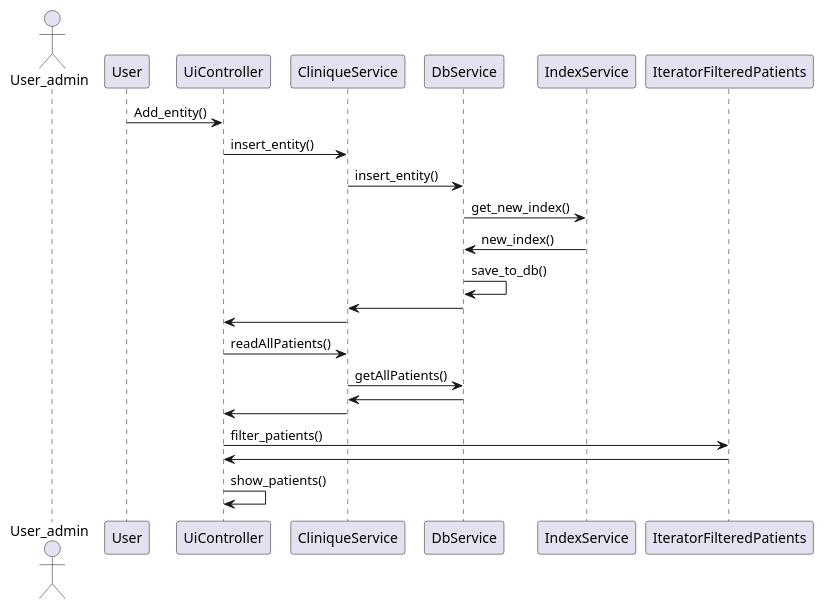
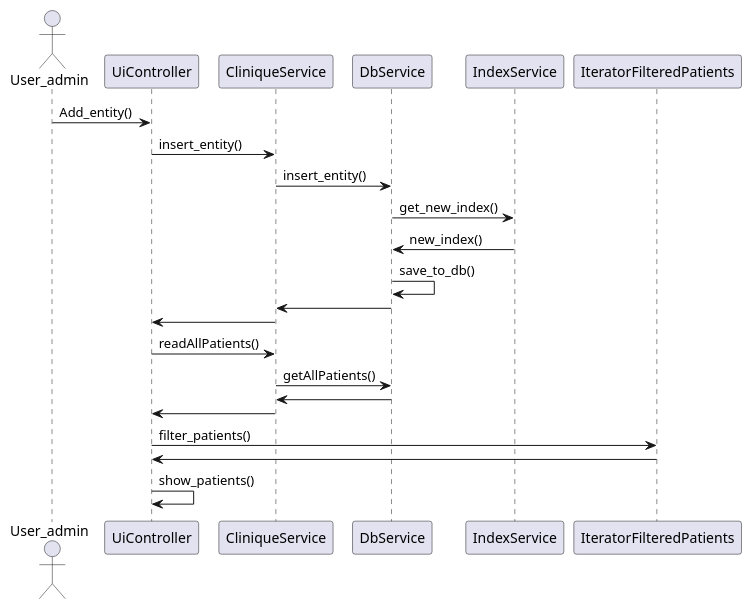
One commit to mykhailova-sf/ClinicCRM changed the diagram in src/main/java/com/somihmih/er/entity/seq.puml. Above: the diagram before and after it, drawn with PlantUML.

```diff
--- a/src/main/java/com/somihmih/er/entity/seq.puml
+++ b/src/main/java/com/somihmih/er/entity/seq.puml
@@ -1,20 +1,20 @@
 @startuml
 actor User_admin
-User -> UiController : Add_entity()
+User_admin -> UiController : Add_entity()
 UiController -> CliniqueService : insert_entity()
 CliniqueService -> DbService : insert_entity()
 DbService -> IndexService : get_new_index()
 IndexService -> DbService : new_index()
 DbService -> DbService : save_to_db()
 DbService -> CliniqueService
 CliniqueService -> UiController
 UiController -> CliniqueService : readAllPatients()
 CliniqueService -> DbService : getAllPatients()
 DbService -> CliniqueService
 CliniqueService -> UiController
 UiController -> IteratorFilteredPatients : filter_patients()
 IteratorFilteredPatients -> UiController
 UiController -> UiController : show_patients()
 
 
 @enduml
```
